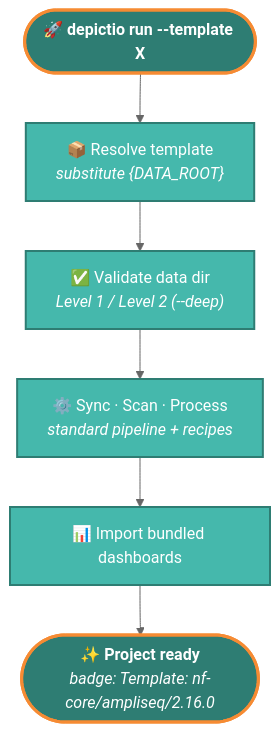
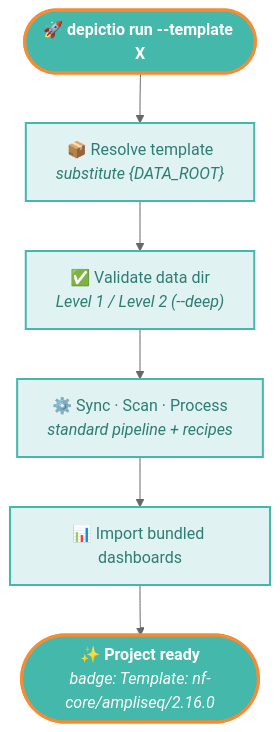
The second of 2 diagrams in docs/usage/projects/guide.md (depictio/depictio-docs), drawn with Mermaid (neutral theme) before and after one commit.

Commit message:
docs(projects): soften workflow-diagram palette — pastel nodes, brand endpoints

````diff
--- a/docs/usage/projects/guide.md
+++ b/docs/usage/projects/guide.md
@@ -454,13 +454,13 @@
 ```mermaid
 graph TD
     A(["🚀 <b>depictio run --template X</b>"])
     A --> B["📦 Resolve template<br/><i>substitute {DATA_ROOT}</i>"]
     B --> C["✅ Validate data dir<br/><i>Level 1 / Level 2 (--deep)</i>"]
     C --> D["⚙️ Sync · Scan · Process<br/><i>standard pipeline + recipes</i>"]
     D --> E["📊 Import bundled dashboards"]
     E --> F(["✨ <b>Project ready</b><br/><i>badge: Template: nf-core/ampliseq/2.16.0</i>"])
 
-    classDef default fill:#45B8AC,stroke:#2E7D73,stroke-width:2px,color:#fff
-    classDef endpoints fill:#2E7D73,stroke:#F68B33,stroke-width:3px,color:#fff
+    classDef default fill:#E0F2F1,stroke:#45B8AC,stroke-width:2px,color:#2E7D73
+    classDef endpoints fill:#45B8AC,stroke:#F68B33,stroke-width:3px,color:#fff
     class A,F endpoints
 ```
````
